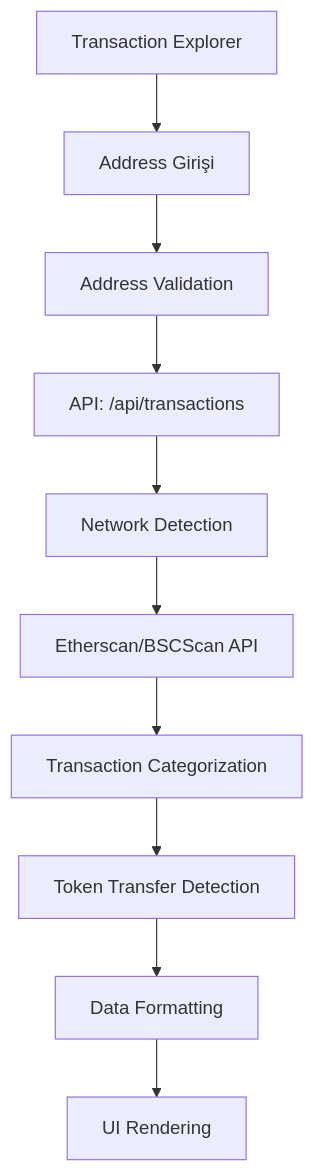
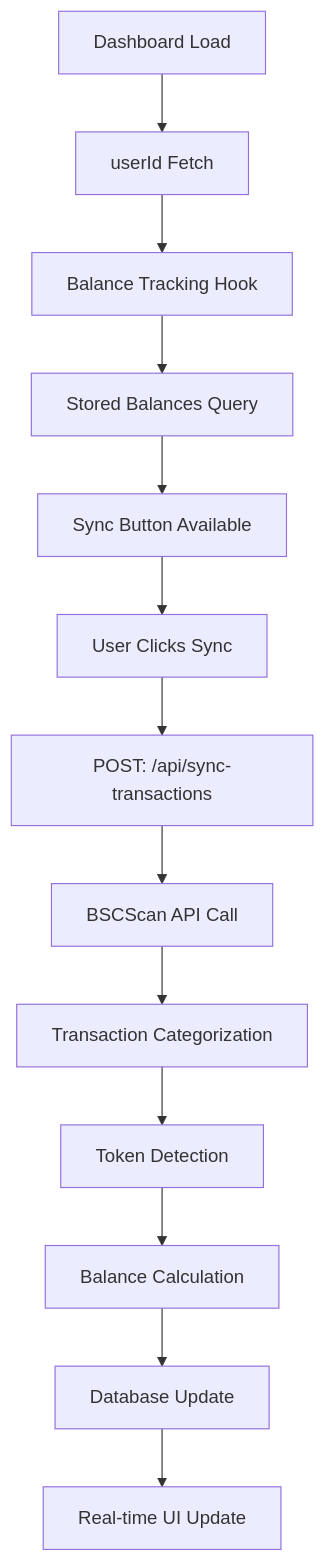
The third of 3 diagrams in README.md (webapp342/my-app), drawn with Mermaid before and after one commit. The commit also changed other lines of this file and 22 other files, not shown here.

````diff
--- a/README.md
+++ b/README.md
@@ -251,12 +367,15 @@
 ```mermaid
 graph TD
-    A[Transaction Explorer] --> B[Address Girişi]
-    B --> C[Address Validation]
-    C --> D[API: /api/transactions]
-    D --> E[Network Detection]
-    E --> F[Etherscan/BSCScan API]
-    F --> G[Transaction Categorization]
-    G --> H[Token Transfer Detection]
-    H --> I[Data Formatting]
-    I --> J[UI Rendering]
+    A[Dashboard Load] --> B[userId Fetch]
+    B --> C[Balance Tracking Hook]
+    C --> D[Stored Balances Query]
+    D --> E[Sync Button Available]
+    E --> F[User Clicks Sync]
+    F --> G[POST: /api/sync-transactions]
+    G --> H[BSCScan API Call]
+    H --> I[Transaction Categorization]
+    I --> J[Token Detection]
+    J --> K[Balance Calculation]
+    K --> L[Database Update]
+    L --> M[Real-time UI Update]
 ```
````
